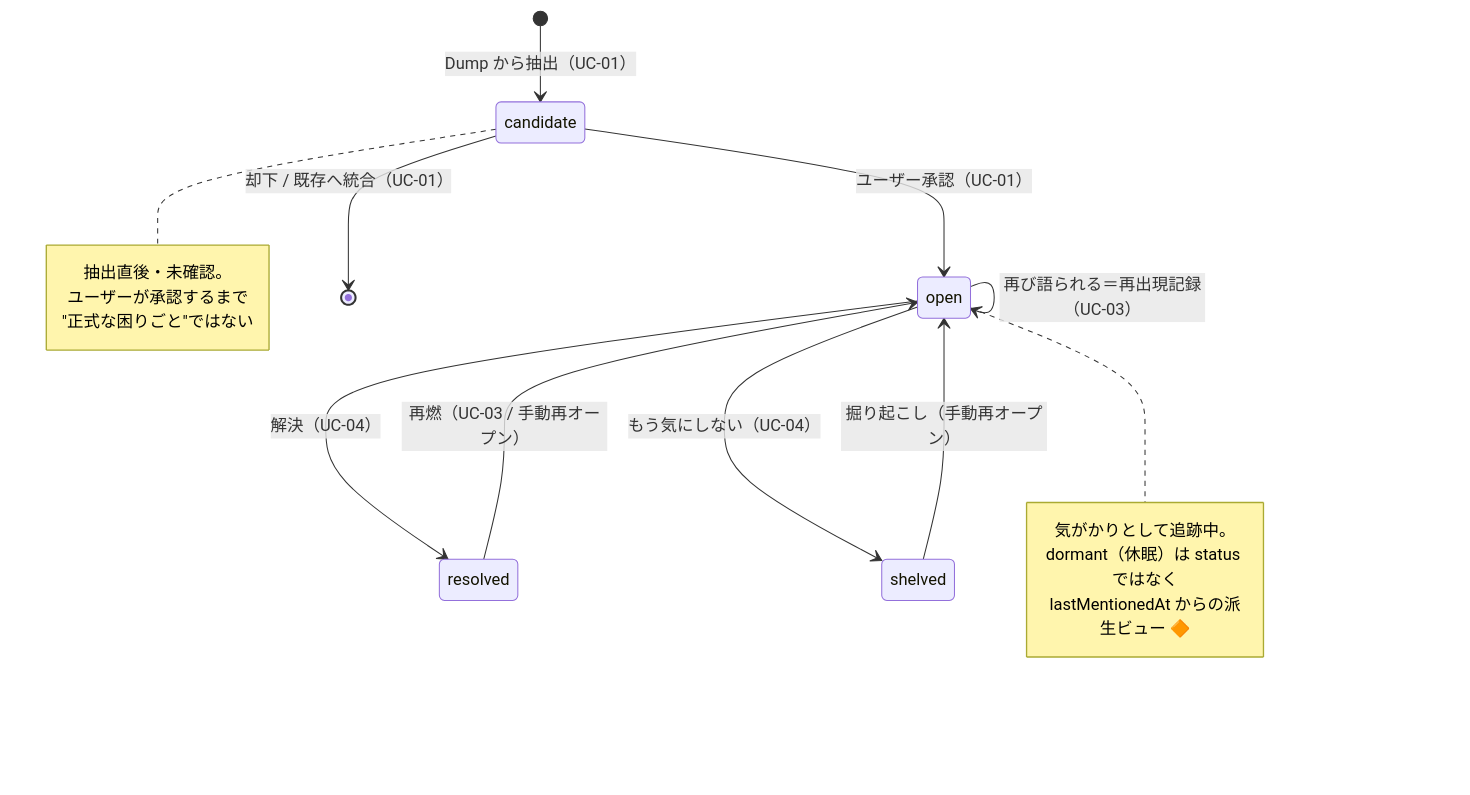
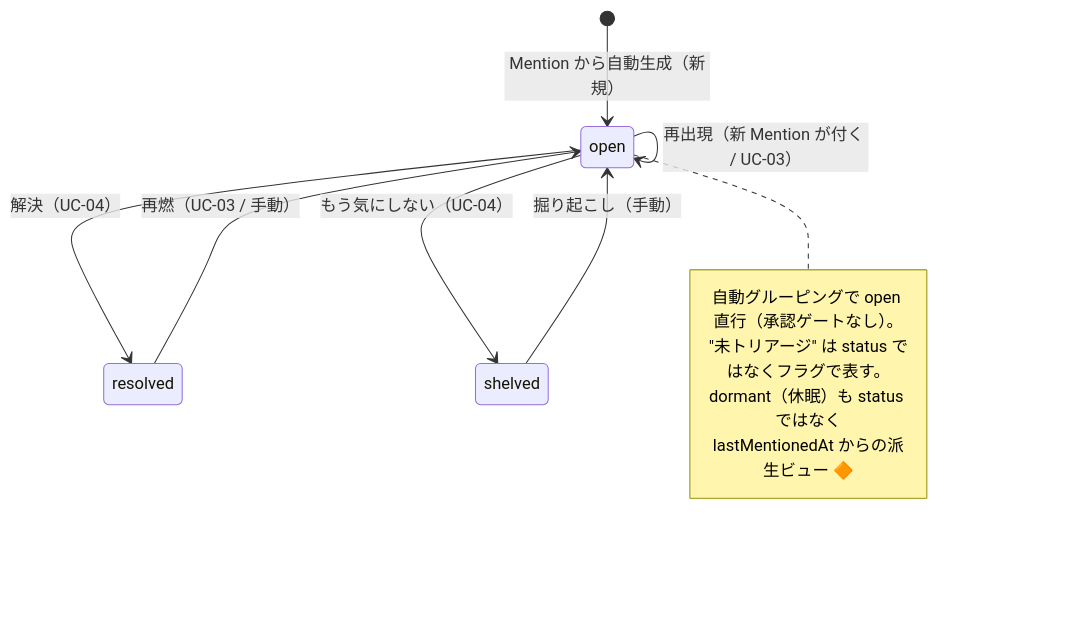
One commit to yomote/mind-inbox changed the third of 3 diagrams in docs/design/domain_model.md. Above: the diagram before and after it, drawn with Mermaid. The commit also changed other lines of this file, not shown here.

First line of the commit message:
docs: restructure domain model to 2-layer Mention -> Problem

````diff
--- a/docs/design/domain_model.md
+++ b/docs/design/domain_model.md
@@ -57,25 +116,16 @@
 ```mermaid
 stateDiagram-v2
-  [*] --> candidate: Dump から抽出（UC-01）
-  candidate --> open: ユーザー承認（UC-01）
-  candidate --> [*]: 却下 / 既存へ統合（UC-01）
-
+  [*] --> open: Mention から自動生成（新規）
+  open --> open: 再出現（新 Mention が付く / UC-03）
   open --> resolved: 解決（UC-04）
   open --> shelved: もう気にしない（UC-04）
+  resolved --> open: 再燃（UC-03 / 手動）
+  shelved --> open: 掘り起こし（手動）
 
-  open --> open: 再び語られる＝再出現記録（UC-03）
-
-  resolved --> open: 再燃（UC-03 / 手動再オープン）
-  shelved --> open: 掘り起こし（手動再オープン）
-
-  note right of candidate
-    抽出直後・未確認。
-    ユーザーが承認するまで
-    "正式な困りごと"ではない
-  end note
   note right of open
-    気がかりとして追跡中。
-    dormant（休眠）は status ではなく
+    自動グルーピングで open 直行（承認ゲートなし）。
+    "未トリアージ" は status ではなくフラグで表す。
+    dormant（休眠）も status ではなく
     lastMentionedAt からの派生ビュー 🔶
   end note
 ```
````
